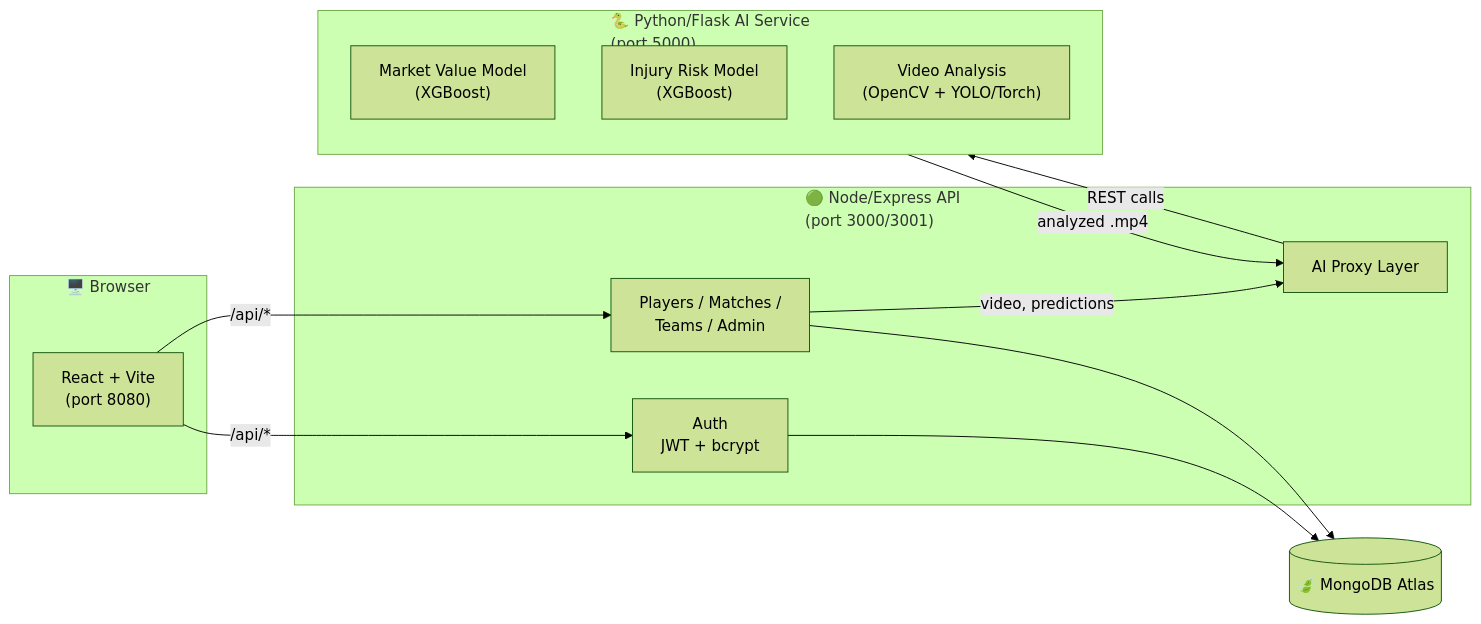
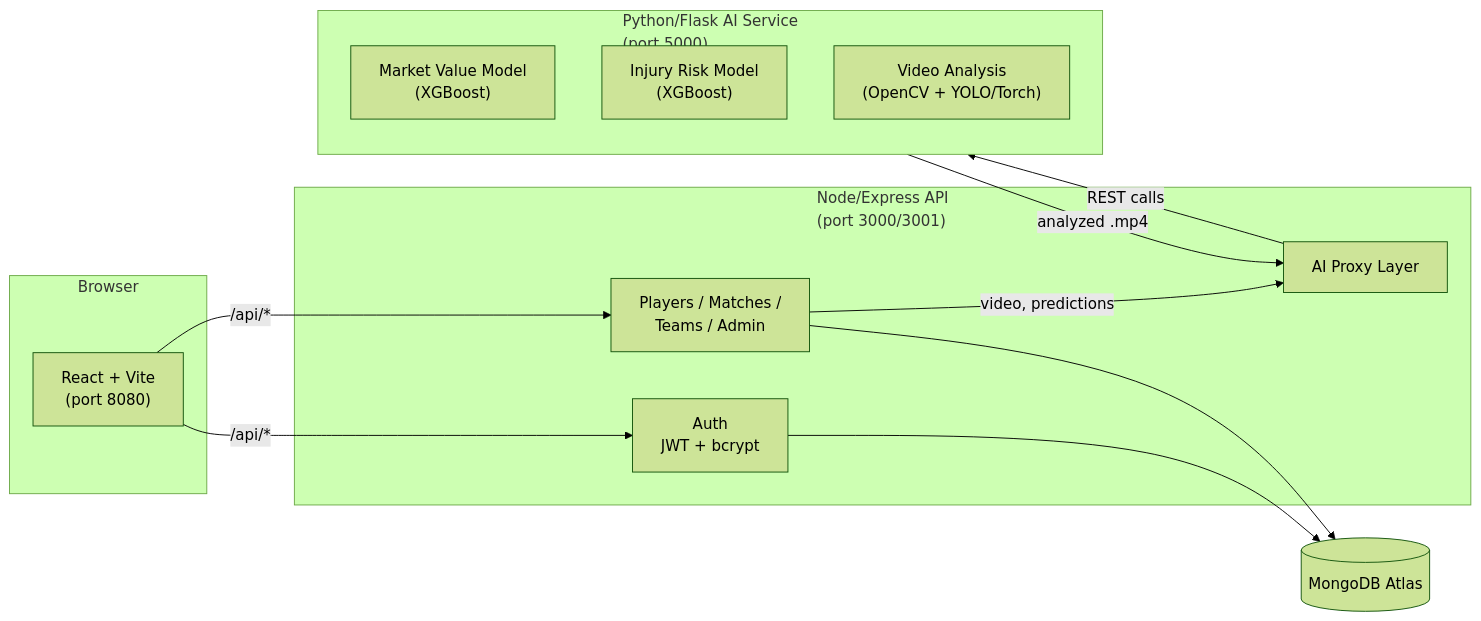
The diagram in README.md (sarahabumandil/Midmar), drawn with Mermaid (forest theme) before and after one commit. The commit also changed other lines of this file, not shown here.

````diff
--- a/README.md
+++ b/README.md
@@ -68,28 +68,28 @@
 ```mermaid
 flowchart LR
-    subgraph Client["🖥️ Browser"]
+    subgraph Client[" Browser"]
         FE["React + Vite<br/>(port 8080)"]
     end
 
-    subgraph Backend["🟢 Node/Express API<br/>(port 3000/3001)"]
+    subgraph Backend["Node/Express API<br/>(port 3000/3001)"]
         Auth["Auth<br/>JWT + bcrypt"]
         CRUD["Players / Matches /<br/>Teams / Admin"]
         Proxy["AI Proxy Layer"]
     end
 
-    subgraph AI["🐍 Python/Flask AI Service<br/>(port 5000)"]
+    subgraph AI["Python/Flask AI Service<br/>(port 5000)"]
         MV["Market Value Model<br/>(XGBoost)"]
         Injury["Injury Risk Model<br/>(XGBoost)"]
         CV["Video Analysis<br/>(OpenCV + YOLO/Torch)"]
     end
 
-    DB[("🍃 MongoDB Atlas")]
+    DB[("MongoDB Atlas")]
 
     FE -->|"/api/*"| Auth
     FE -->|"/api/*"| CRUD
     Auth --> DB
     CRUD --> DB
     CRUD -->|"video, predictions"| Proxy
     Proxy -->|"REST calls"| AI
     AI -->|"analyzed .mp4"| Proxy
 ```
````
